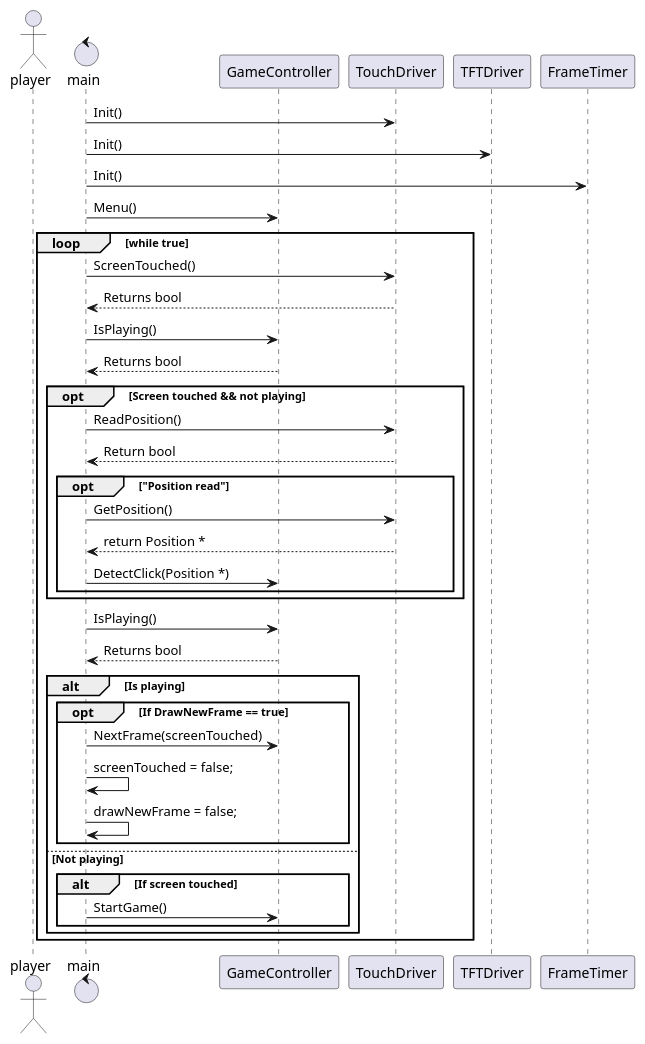
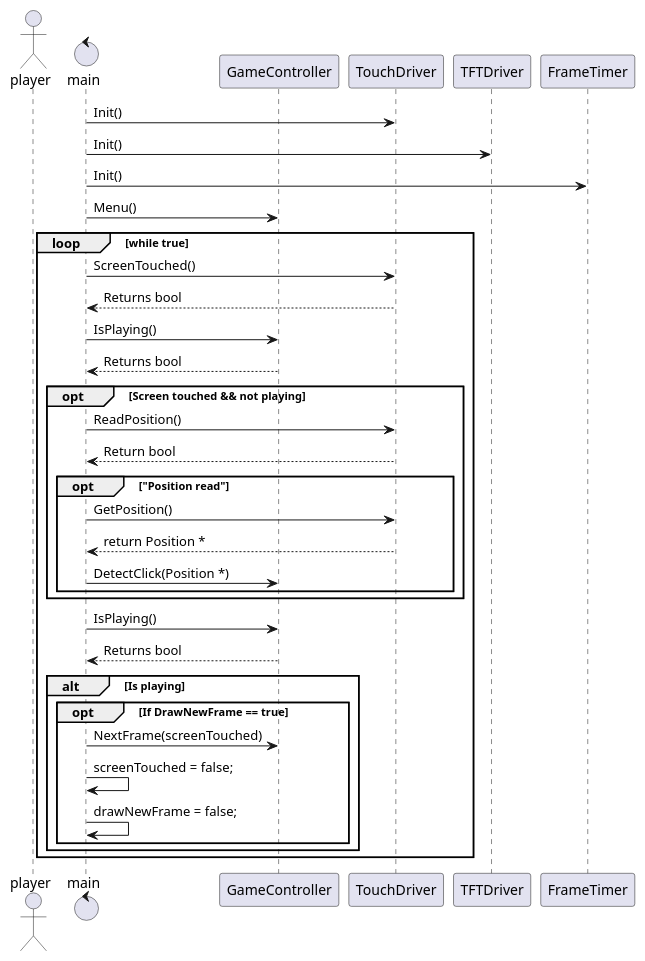
Before and after one commit to Valdemartt/AMS: the diagram in Projekt/diagrams/Main.wsd, drawn with PlantUML. The commit also changed 14 other files, not shown here.

```diff
--- a/Projekt/diagrams/Main.wsd
+++ b/Projekt/diagrams/Main.wsd
@@ -1,40 +1,36 @@
 @startuml
 actor player
 control main
 participant GameController
 participant TouchDriver
 participant TFTDriver
 participant FrameTimer
 main -> TouchDriver : Init()
 main -> TFTDriver : Init()
 main -> FrameTimer : Init()
 main -> GameController : Menu()
 loop while true
     main -> TouchDriver : ScreenTouched()
     TouchDriver --> main : Returns bool
     main -> GameController : IsPlaying()
     GameController --> main : Returns bool
     opt Screen touched && not playing
         main -> TouchDriver : ReadPosition()
         TouchDriver --> main : Return bool
         opt "Position read"
             main -> TouchDriver : GetPosition()
             TouchDriver --> main : return Position *
             main -> GameController : DetectClick(Position *)
         end
     end
     main -> GameController : IsPlaying()
     GameController --> main : Returns bool
     alt Is playing
         opt If DrawNewFrame == true
             main -> GameController : NextFrame(screenTouched)
             main -> main : screenTouched = false;
             main -> main : drawNewFrame = false;
         end
-    else Not playing
-        alt If screen touched
-            main -> GameController : StartGame()
-        end
     end
 end
 @enduml
```
